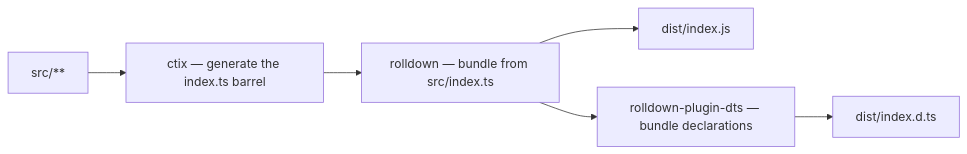
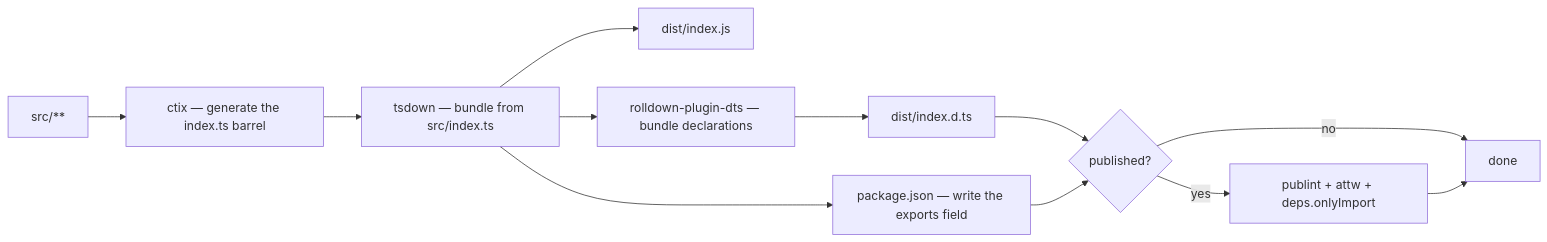
Before and after one commit to Esposter/Esposter: the first of 2 diagrams in packages/app/content/docs/architecture/build-pipeline.md, drawn with Mermaid. The commit also changed other lines of this file and 76 other files, not shown here.

First line of the commit message:
build: migrate every package from rolldown to tsdown

````diff
--- a/packages/app/content/docs/architecture/build-pipeline.md
+++ b/packages/app/content/docs/architecture/build-pipeline.md
@@ -14,8 +16,14 @@
 ```mermaid
 flowchart LR
   S["src/**"] --> C["ctix — generate the index.ts barrel"]
-  C --> R["rolldown — bundle from src/index.ts"]
-  R --> J["dist/index.js"]
-  R --> D["rolldown-plugin-dts — bundle declarations"]
-  D --> T["dist/index.d.ts"]
+  C --> T["tsdown — bundle from src/index.ts"]
+  T --> J["dist/index.js"]
+  T --> D["rolldown-plugin-dts — bundle declarations"]
+  D --> Y["dist/index.d.ts"]
+  T --> M["package.json — write the exports field"]
+  Y --> G{"published?"}
+  M --> G
+  G -->|yes| P["publint + attw + deps.onlyImport"]
+  G -->|no| Z["done"]
+  P --> Z
 ```
````
